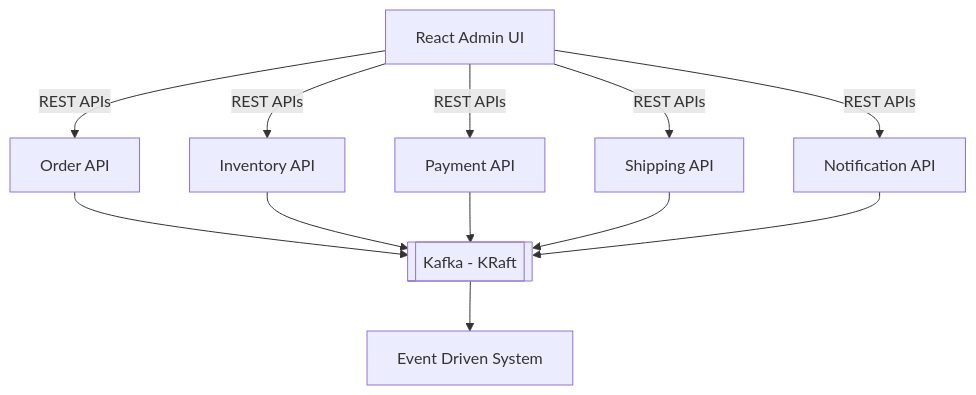
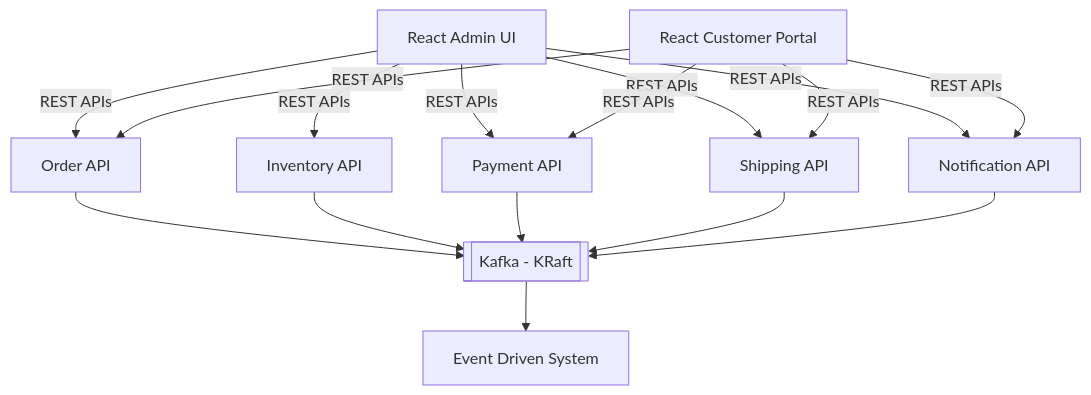
The diagram in projects-v2/order-processing-system/AGENT.md (abhishekghoshh/spring-boot-helper), drawn with Mermaid before and after one commit. The commit also changed other lines of this file and 1222 other files, not shown here.

````diff
--- a/projects-v2/order-processing-system/AGENT.md
+++ b/projects-v2/order-processing-system/AGENT.md
@@ -21,16 +53,21 @@
 ```mermaid
 flowchart TD
-    UI[React Admin UI] -->|REST APIs| Order[Order API]
-    UI -->|REST APIs| Inventory[Inventory API]
-    UI -->|REST APIs| Payment[Payment API]
-    UI -->|REST APIs| Shipping[Shipping API]
-    UI -->|REST APIs| Notification[Notification API]
+    AdminUI[React Admin UI] -->|REST APIs| Order[Order API]
+    AdminUI -->|REST APIs| Inventory[Inventory API]
+    AdminUI -->|REST APIs| Payment[Payment API]
+    AdminUI -->|REST APIs| Shipping[Shipping API]
+    AdminUI -->|REST APIs| Notification[Notification API]
+
+    CustomerUI[React Customer Portal] -->|REST APIs| Order
+    CustomerUI -->|REST APIs| Payment
+    CustomerUI -->|REST APIs| Shipping
+    CustomerUI -->|REST APIs| Notification
 
     Order --> Kafka[[Kafka - KRaft]]
     Inventory --> Kafka
     Payment --> Kafka
     Shipping --> Kafka
     Notification --> Kafka
 
     Kafka --> EDS[Event Driven System]
 ```
````
